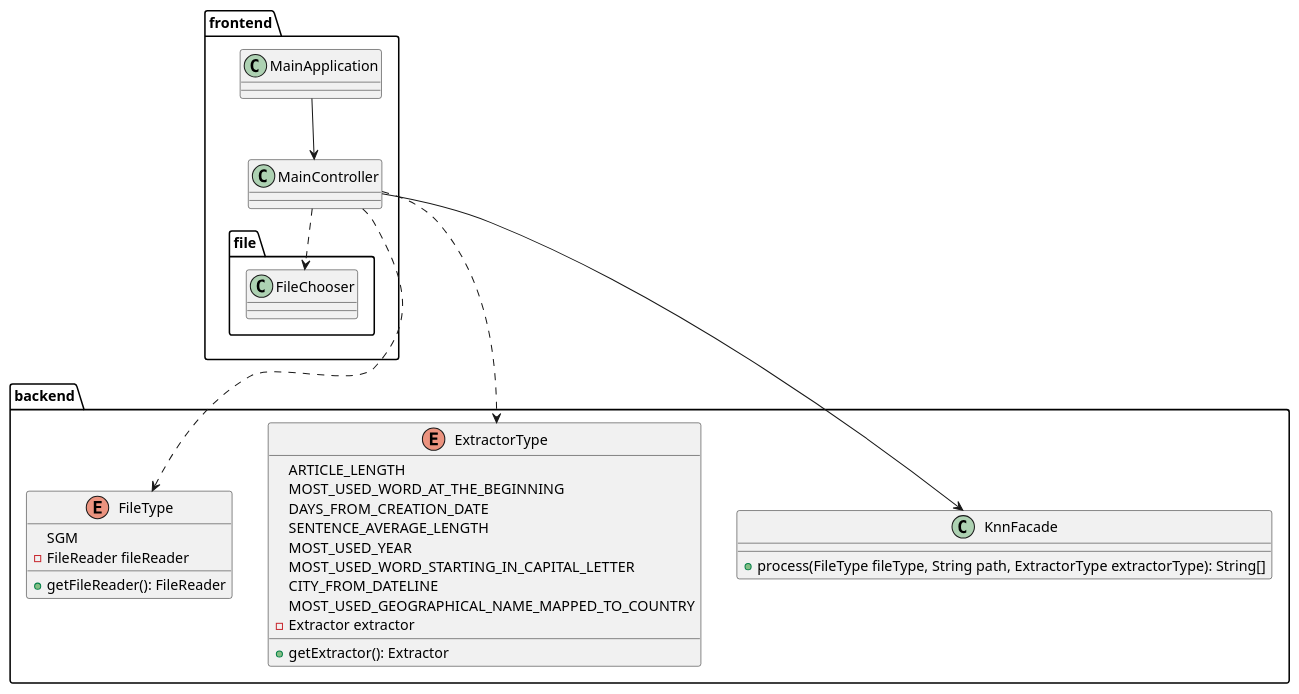
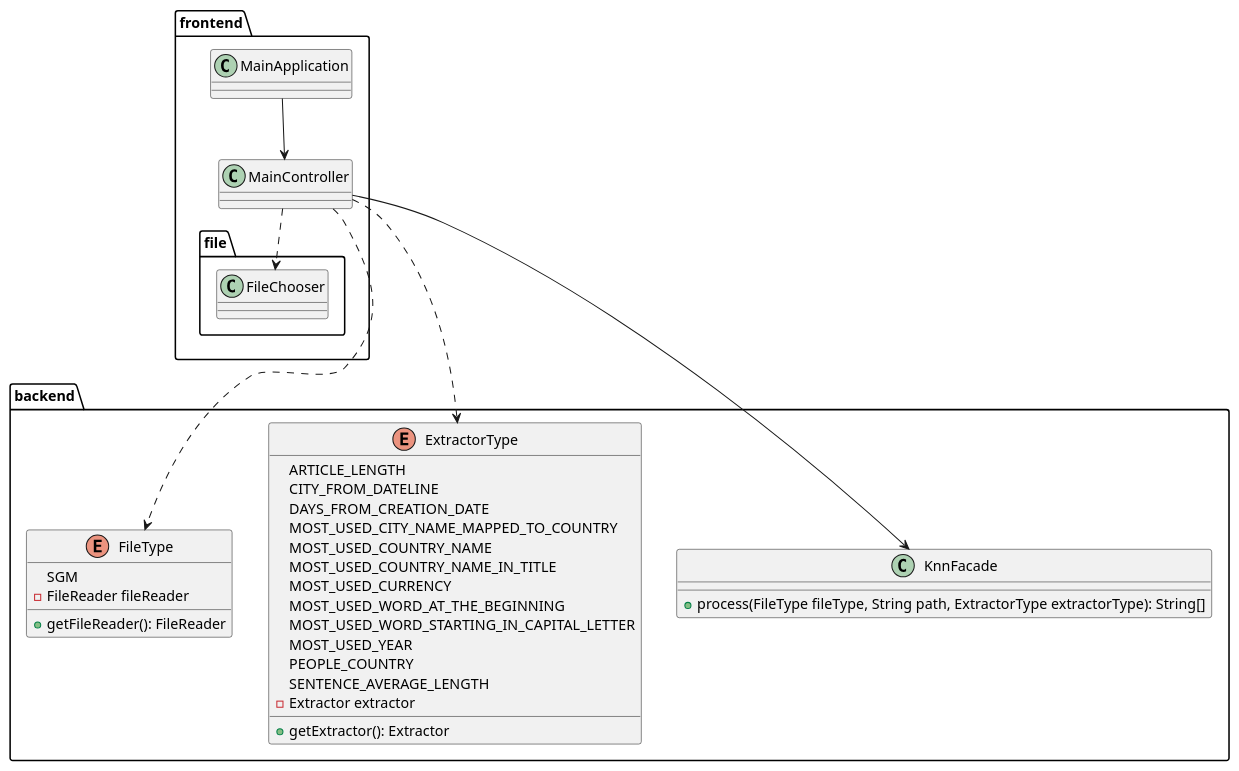
Before and after one commit to kambed/Computer-Recognition-Systems: the first of 2 diagrams in README.md, drawn with PlantUML. The commit also changed other lines of this file and 2 other files, not shown here.

Commit message:
Diagram update

````diff
--- a/README.md
+++ b/README.md
@@ -3,36 +3,40 @@
 ```plantuml
 package frontend {
     class MainApplication
     class MainController
     package file {
         class FileChooser
     }
     MainController ..> FileChooser
     MainApplication --> MainController
 }
 package backend {
     enum FileType {
         SGM
         - FileReader fileReader
         + getFileReader(): FileReader
     }
     enum ExtractorType {
-        ARTICLE_LENGTH
-        MOST_USED_WORD_AT_THE_BEGINNING
-        DAYS_FROM_CREATION_DATE
-        SENTENCE_AVERAGE_LENGTH
-        MOST_USED_YEAR
-        MOST_USED_WORD_STARTING_IN_CAPITAL_LETTER
-        CITY_FROM_DATELINE
-        MOST_USED_GEOGRAPHICAL_NAME_MAPPED_TO_COUNTRY
+            ARTICLE_LENGTH
+            CITY_FROM_DATELINE
+            DAYS_FROM_CREATION_DATE
+            MOST_USED_CITY_NAME_MAPPED_TO_COUNTRY
+            MOST_USED_COUNTRY_NAME
+            MOST_USED_COUNTRY_NAME_IN_TITLE
+            MOST_USED_CURRENCY
+            MOST_USED_WORD_AT_THE_BEGINNING
+            MOST_USED_WORD_STARTING_IN_CAPITAL_LETTER
+            MOST_USED_YEAR
+            PEOPLE_COUNTRY
+            SENTENCE_AVERAGE_LENGTH
         - Extractor extractor
         + getExtractor(): Extractor
     }
     class KnnFacade {
         + process(FileType fileType, String path, ExtractorType extractorType): String[]
     }
 }
 MainController ---> KnnFacade
 MainController ..> FileType
 MainController ..> ExtractorType
 ```
````
